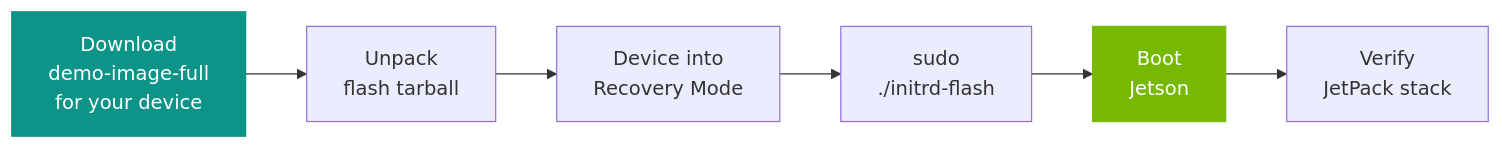
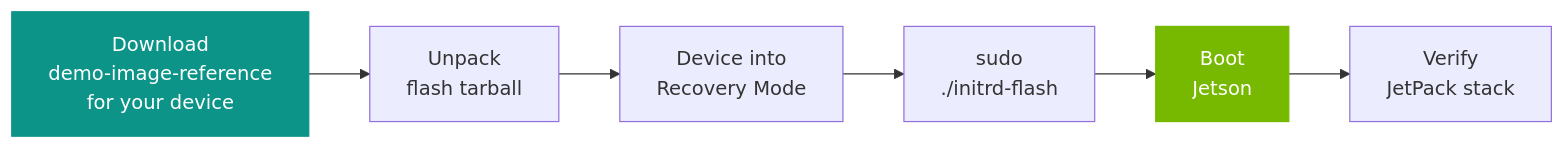
One commit to NVIDIA-AI-IOT/jetson-ai-lab changed the diagram in src/content/tutorials/setup/yocto-on-jetson.mdx. Above: the diagram before and after it, drawn with Mermaid. The commit also changed other lines of this file, not shown here.

````diff
--- a/src/content/tutorials/setup/yocto-on-jetson.mdx
+++ b/src/content/tutorials/setup/yocto-on-jetson.mdx
@@ -65,10 +70,10 @@
 ```mermaid
 flowchart LR
-    A["Download<br/>demo-image-full<br/>for your device"] --> B["Unpack<br/>flash tarball"]
+    A["Download<br/>demo-image-reference<br/>for your device"] --> B["Unpack<br/>flash tarball"]
     B --> C["Device into<br/>Recovery Mode"]
     C --> D["sudo<br/>./initrd-flash"]
     D --> E["Boot<br/>Jetson"]
     E --> F["Verify<br/>JetPack stack"]
     style A fill:#0d9488,color:#fff,stroke:#0d9488
     style E fill:#76b900,color:#fff,stroke:#76b900
 ```
````
